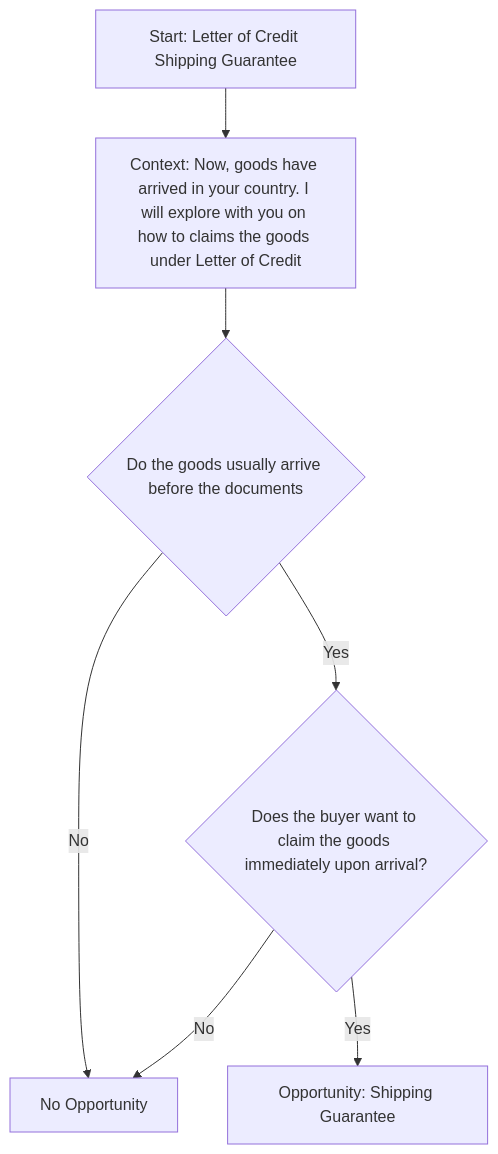
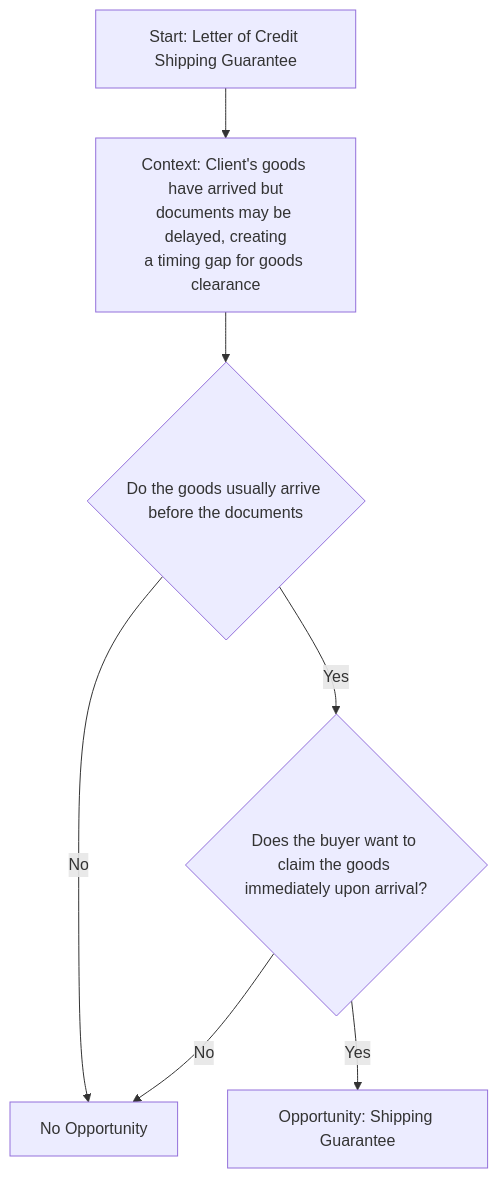
One commit to sage-develop/why changed the diagram in tvc_decision_trees/lc_decision_trees/shipping_guarantee_tree.md. Above: the diagram before and after it, drawn with Mermaid. The commit also changed 3 other files, not shown here.

Commit message:
in the questions use the client instead of you

````diff
--- a/tvc_decision_trees/lc_decision_trees/shipping_guarantee_tree.md
+++ b/tvc_decision_trees/lc_decision_trees/shipping_guarantee_tree.md
@@ -14,10 +14,10 @@
 ```mermaid
 %% Letter of Credit Shipping Guarantee
 flowchart TD
-    Start[Start: Letter of Credit Shipping Guarantee] --> A[Context: Now, goods have arrived in your country. I will explore with you on how to claims the goods under Letter of Credit]
+    Start[Start: Letter of Credit Shipping Guarantee] --> A[Context: Client's goods have arrived but<br>documents may be delayed, creating<br>a timing gap for goods clearance]
     A --> B{Do the goods usually arrive before the documents}
     B -->|No| C[No Opportunity]
     B -->|Yes| D{Does the buyer want to claim the goods immediately upon arrival?}
     D -->|No| C
     D -->|Yes| E[Opportunity: Shipping Guarantee]
 ```
````
